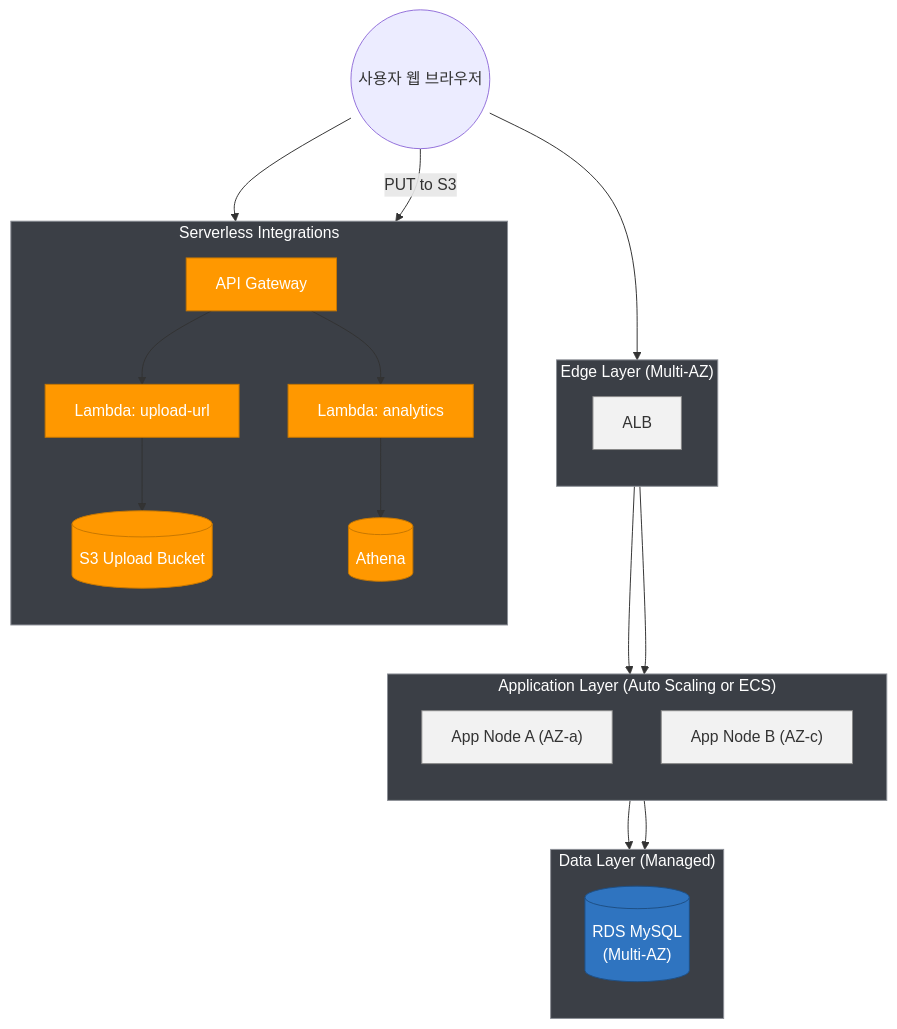
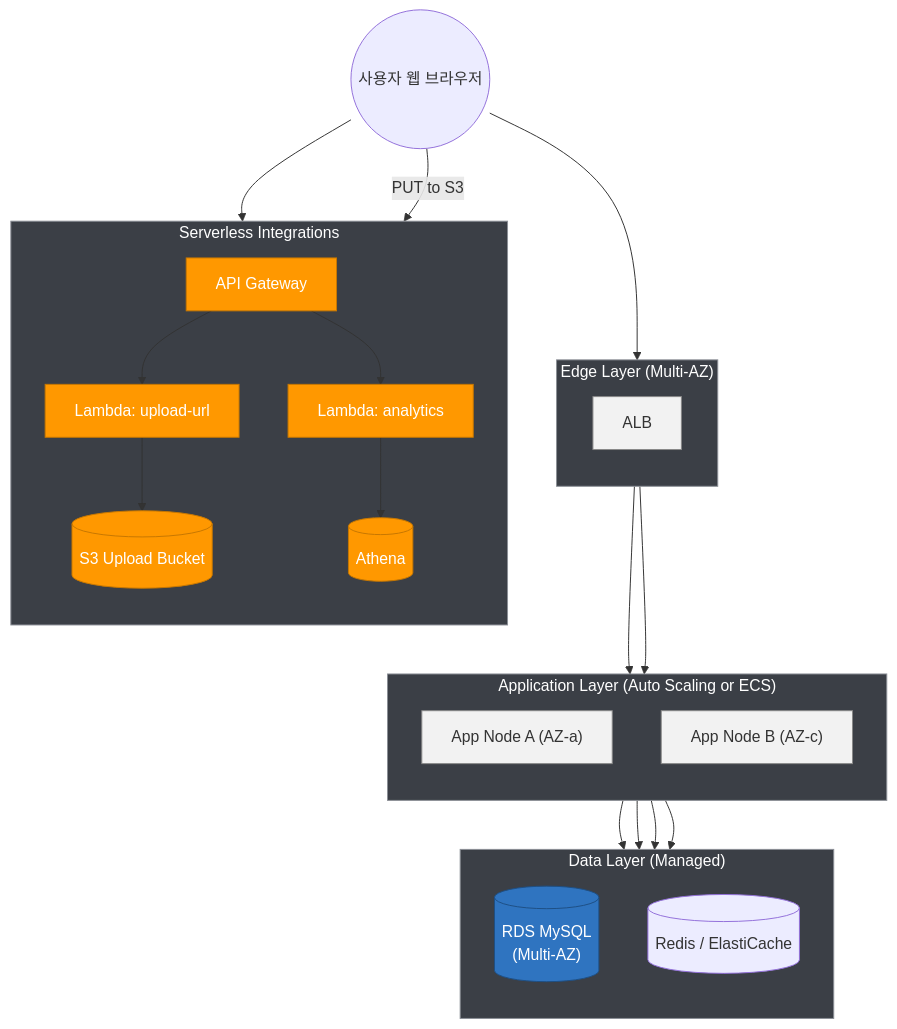
One commit to hahark-ops/2-junsu-community-be changed the second of 2 diagrams in docs/SYSTEM_ARCHITECTURE_DIAGRAM.md. Above: the diagram before and after it, drawn with Mermaid. The commit also changed other lines of this file and 28 other files, not shown here.

````diff
--- a/docs/SYSTEM_ARCHITECTURE_DIAGRAM.md
+++ b/docs/SYSTEM_ARCHITECTURE_DIAGRAM.md
@@ -73,52 +84,55 @@
 ```mermaid
 flowchart TD
     U(("사용자 웹 브라우저"))
 
     subgraph EDGE["Edge Layer (Multi-AZ)"]
     direction TB
     ALB["ALB"]
     end
 
     subgraph APP["Application Layer (Auto Scaling or ECS)"]
     direction TB
     APPA["App Node A (AZ-a)"]
     APPB["App Node B (AZ-c)"]
     end
 
     subgraph DATA["Data Layer (Managed)"]
     direction TB
     RDS[("RDS MySQL<br/>(Multi-AZ)")]
+    REDIS[("Redis / ElastiCache")]
     end
 
     subgraph SERVERLESS["Serverless Integrations"]
     direction TB
     APIGW["API Gateway"]
     LUP["Lambda: upload-url"]
     LAN["Lambda: analytics"]
     ATH[("Athena")]
     S3[("S3 Upload Bucket")]
     end
 
     U --> ALB
     ALB --> APPA
     ALB --> APPB
     APPA --> RDS
     APPB --> RDS
+    APPA --> REDIS
+    APPB --> REDIS
 
     U --> APIGW
     APIGW --> LUP
     APIGW --> LAN
     LUP --> S3
     U -->|"PUT to S3"| S3
     LAN --> ATH
 
     classDef layer fill:#3b3f46,stroke:#8b8f96,color:#ffffff;
     classDef orange fill:#ff9800,stroke:#c77700,color:#ffffff;
     classDef blue fill:#2f74c0,stroke:#1e4f85,color:#ffffff;
     classDef light fill:#f2f2f2,stroke:#888,color:#333;
 
     class EDGE,APP,DATA,SERVERLESS layer;
     class APIGW,LUP,LAN,S3,ATH orange;
     class RDS blue;
     class ALB,APPA,APPB light;
 ```
````
